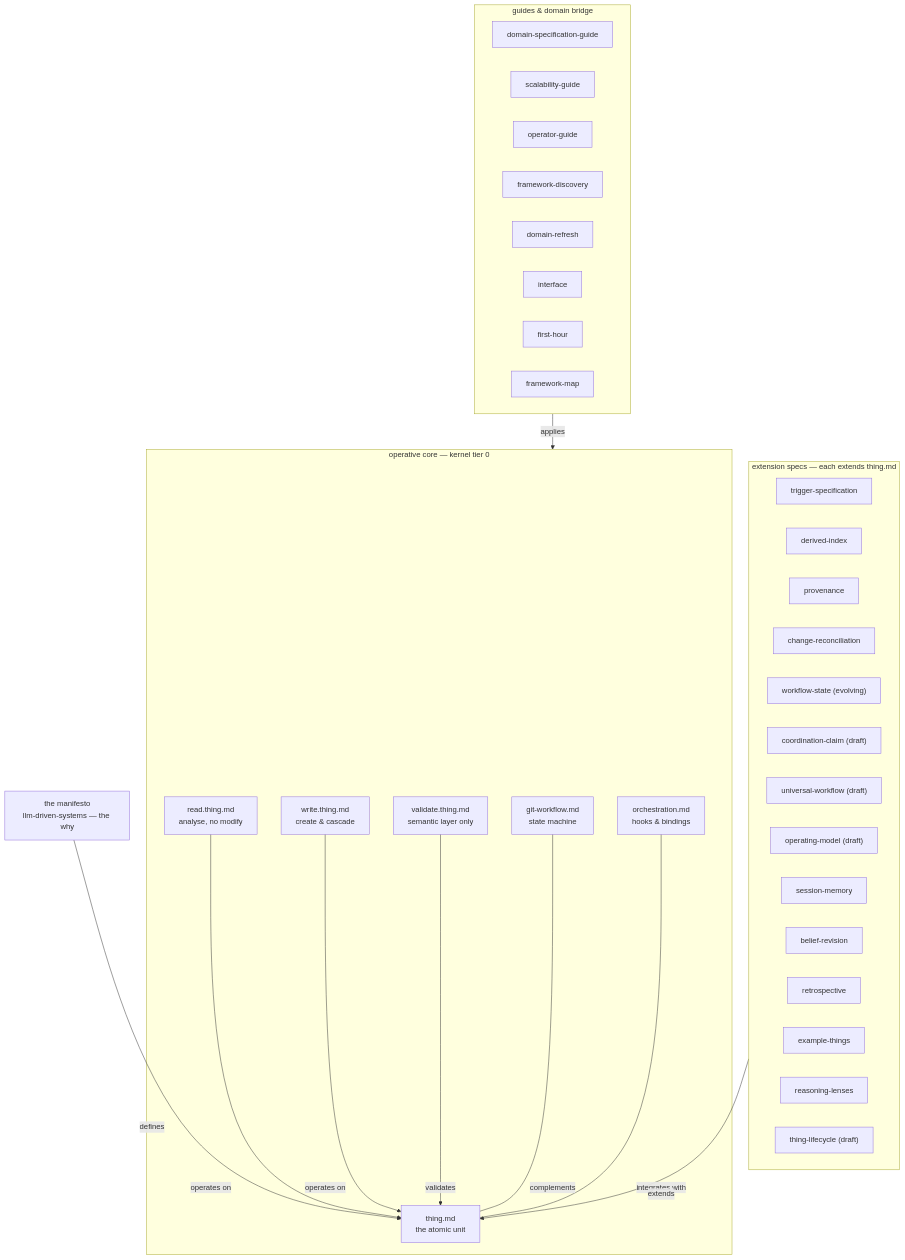
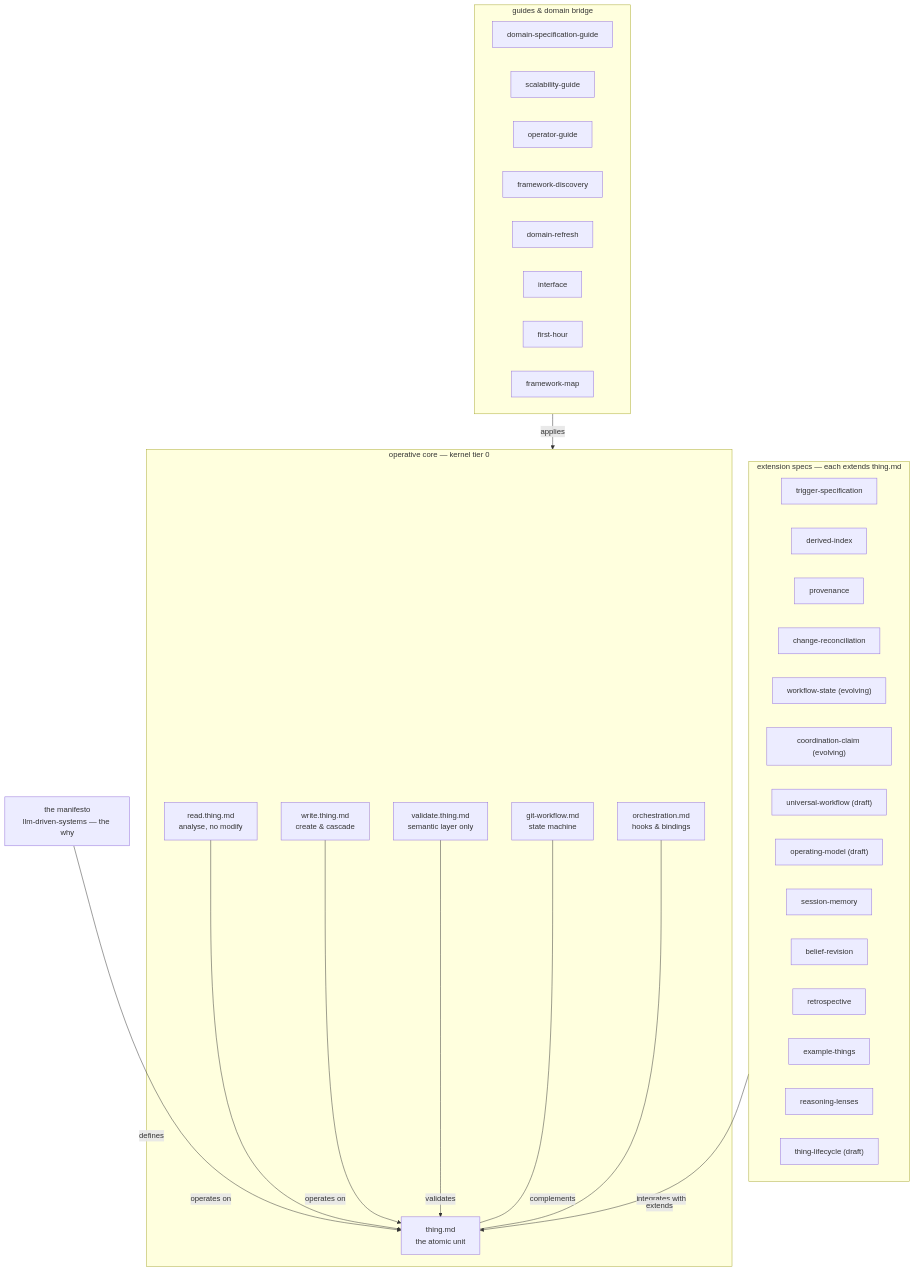
One commit to JanoshMoshiri/MarkdownLLM changed the second of 5 diagrams in docs/framework-map.md. Above: the diagram before and after it, drawn with Mermaid. The commit also changed 8 other files, not shown here.

````diff
--- a/docs/framework-map.md
+++ b/docs/framework-map.md
@@ -134,66 +134,66 @@
 ```mermaid
 flowchart TD
     accTitle: View 2 - the spec layer, showing what defines what
     accDescr {
         Everything centres on thing.md, the atomic unit. The manifesto defines
         it. Around it sits the operative core, the six specs that mdllm kernel
         distils into tier 0: git-workflow.md the state machine and thing.md
         complement each other, orchestration.md for hooks and bindings
         integrates with it, and read.thing.md analyses without modifying,
         write.thing.md creates and cascades, and validate.thing.md covers the
         semantic layer only - all three operating on it. A band of extension
         specs each extends thing.md: trigger-specification, derived-index,
         provenance, change-reconciliation, workflow-state, coordination-claim,
         universal-workflow, operating-model, session-memory, belief-revision,
         retrospective, example-things, reasoning-lenses and thing-lifecycle. A separate band of guides and the
         domain bridge - domain-specification-guide, scalability-guide,
         operator-guide, framework-discovery, domain-refresh, interface,
         first-hour and framework-map - applies to the core rather than defining
         any semantics. The navigation rule: when lost, start at thing.md and
         follow one extends edge outward.
     }
     MAN["the manifesto<br/>llm-driven-systems — the why"]
     subgraph core ["operative core — kernel tier 0"]
         GITW["git-workflow.md<br/>state machine"]
         THING["thing.md<br/>the atomic unit"]
         ORCH["orchestration.md<br/>hooks & bindings"]
         READ["read.thing.md<br/>analyse, no modify"]
         WRITE["write.thing.md<br/>create & cascade"]
         VAL["validate.thing.md<br/>semantic layer only"]
     end
     subgraph ext ["extension specs — each extends thing.md"]
         TRIG["trigger-specification"]
         DIDX["derived-index"]
         PROV["provenance"]
         CRECON["change-reconciliation"]
         WSTATE["workflow-state (evolving)"]
-        COORD["coordination-claim (draft)"]
+        COORD["coordination-claim (evolving)"]
         UWORK["universal-workflow (draft)"]
         OPMODEL["operating-model (draft)"]
         SMEM["session-memory"]
         BREV["belief-revision"]
         RETRO["retrospective"]
         EXTH["example-things"]
         LENS["reasoning-lenses"]
         LIFE["thing-lifecycle (draft)"]
     end
     subgraph guides ["guides & domain bridge"]
         DSG["domain-specification-guide"]
         SCAL["scalability-guide"]
         OPG["operator-guide"]
         DISC["framework-discovery"]
         REFR["domain-refresh"]
         IFACE["interface"]
         FH["first-hour"]
         FMAP["framework-map"]
     end
 
     MAN -->|defines| THING
     READ -->|operates on| THING
     WRITE -->|operates on| THING
     VAL -->|validates| THING
     GITW ---|complements| THING
     ORCH ---|integrates with| THING
     ext -->|extends| THING
     guides -->|applies| core
 ```
````
